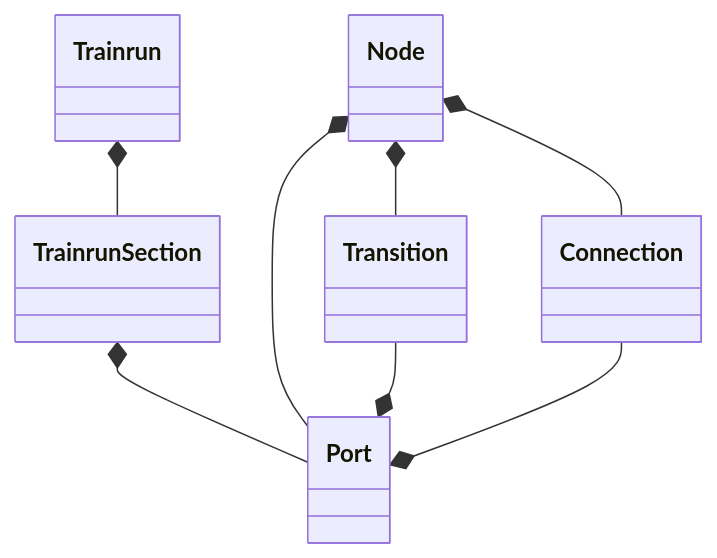
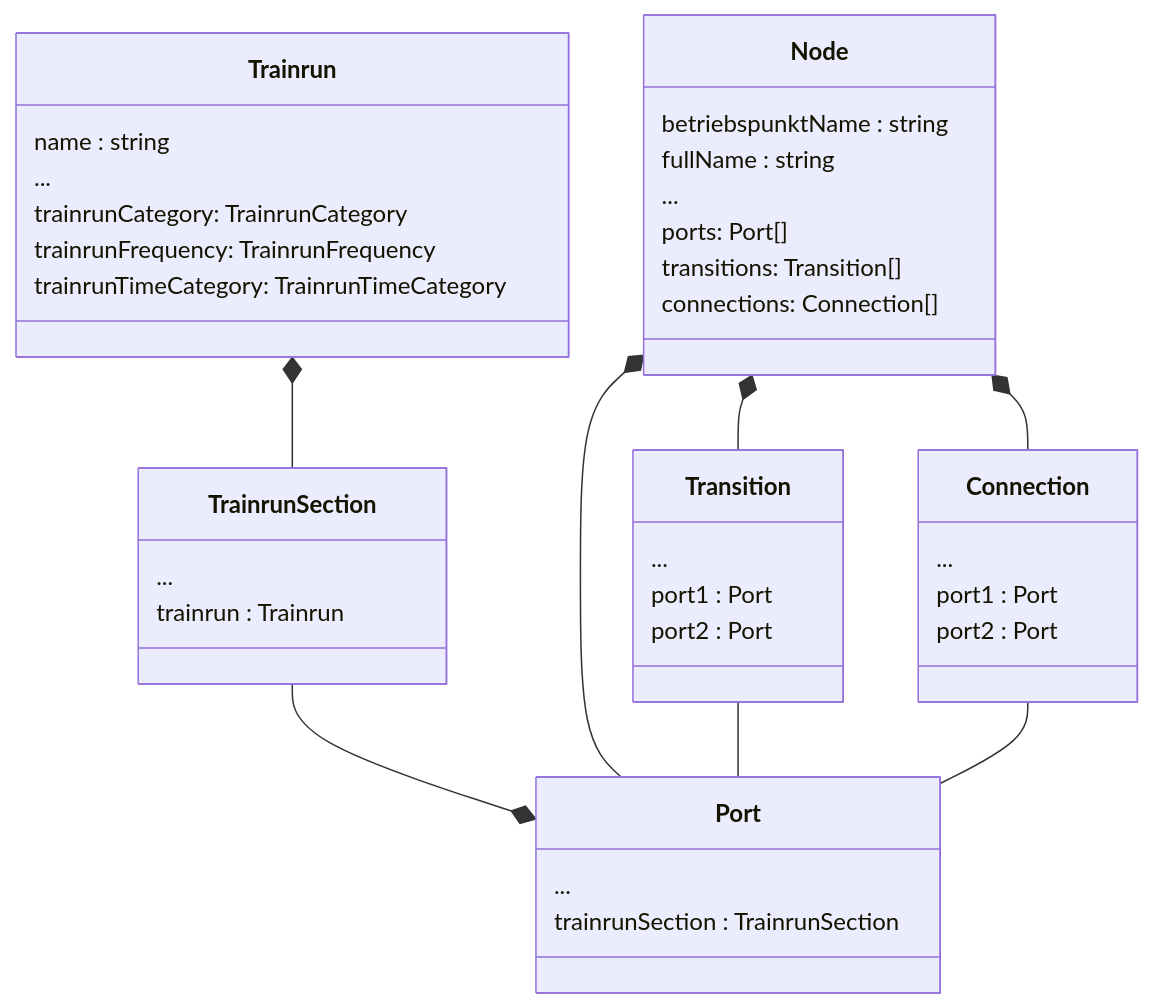
The diagram in documentation/DATA_MODEL.md (SchweizerischeBundesbahnen/netzgrafik-editor-frontend), drawn with Mermaid before and after one commit.

Commit message:
doc data model

````diff
--- a/documentation/DATA_MODEL.md
+++ b/documentation/DATA_MODEL.md
@@ -51,12 +51,51 @@
 ```mermaid
-  classDiagram
-  Node *-- Port
-  Node *-- Transition
-  Node *-- Connection
-  
-  Trainrun *-- TrainrunSection
-  TrainrunSection *-- Port
-  
-  Transition --* Port
-  Connection --* Port 
+classDiagram
+    Node *-- Port
+    Node *-- Transition
+    Node *-- Connection
+    
+    Trainrun *-- TrainrunSection
+    TrainrunSection --* Port
+    
+    Transition -- Port
+    Connection -- Port 
+
+    class Node {
+           betriebspunktName : string
+           fullName : string
+           ...
+           ports: Port[]
+           transitions: Transition[]
+           connections: Connection[]
+    }
+
+    class Trainrun {
+            name : string
+           ...
+            trainrunCategory: TrainrunCategory
+            trainrunFrequency: TrainrunFrequency
+            trainrunTimeCategory: TrainrunTimeCategory
+    }
+
+    class TrainrunSection {
+           ...
+           trainrun : Trainrun
+    }
+
+    class Port {
+           ... 
+           trainrunSection : TrainrunSection
+    }
+
+    class Transition {
+        ...
+        port1 : Port
+        port2 : Port
+    }
+
+    class Connection {
+        ...
+        port1 : Port
+        port2 : Port
+    }
 ```
````
